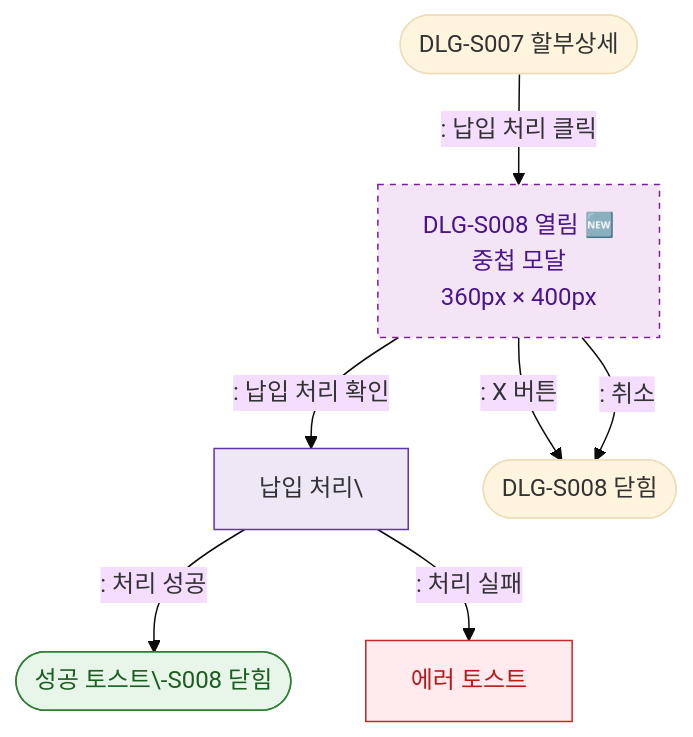
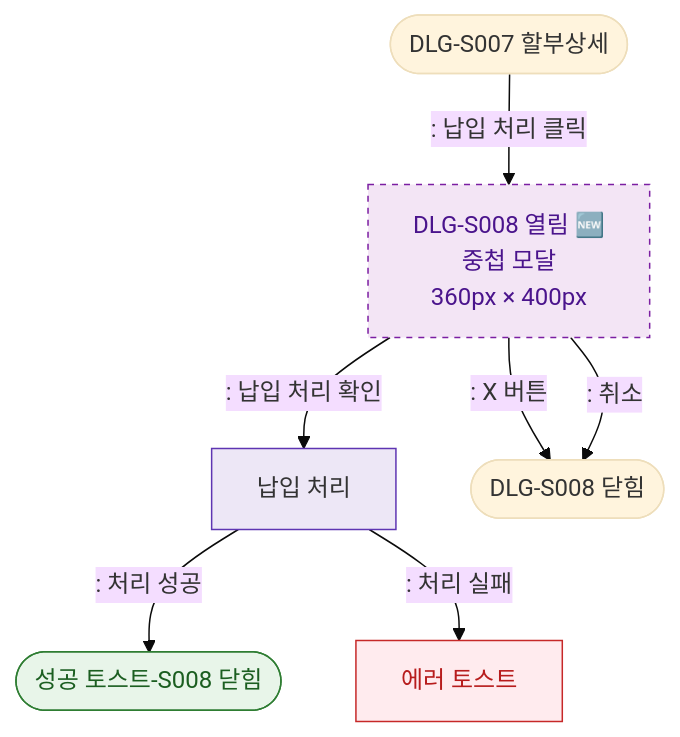
The diagram in docs/admin/다이어그램/D03_매출관리/DLG-S008_납입처리/M1_모달생명주기.md (dev-spogym/admin-pando), drawn with Mermaid (base theme) before and after one commit. The commit also changed 369 other files, not shown here.

````diff
--- a/docs/admin/다이어그램/D03_매출관리/DLG-S008_납입처리/M1_모달생명주기.md
+++ b/docs/admin/다이어그램/D03_매출관리/DLG-S008_납입처리/M1_모달생명주기.md
@@ -18,21 +18,21 @@
 ```mermaid
 flowchart TD
     DLG_S007([DLG-S007 할부상세]) -->|": 납입 처리 클릭"|OPEN[DLG-S008 열림 🆕\n중첩 모달\n360px × 400px]
 
-    OPEN -->|": 납입 처리 확인"|PROCESS[납입 처리\]
+    OPEN -->|": 납입 처리 확인"|PROCESS[납입 처리]
     OPEN -->|": X 버튼"|CLOSED([DLG-S008 닫힘])
     OPEN -->|": 취소"|CLOSED
 
-    PROCESS -->|": 처리 성공"|SUCCESS_CLOSE([성공 토스트\-S008 닫힘])
+    PROCESS -->|": 처리 성공"|SUCCESS_CLOSE([성공 토스트-S008 닫힘])
     PROCESS -->|": 처리 실패"|ERR_TOAST[에러 토스트]
 
     classDef newFeature fill:#F3E5F5,stroke:#7B1FA2,color:#4A148C,stroke-dasharray:4 4
     classDef system fill:#EDE7F6,stroke:#5E35B2
     classDef success fill:#E8F5E9,stroke:#2E7D32,color:#1B5E20
     classDef error fill:#FFEBEE,stroke:#C62828,color:#B71C1C
 
     class OPEN newFeature
     class PROCESS system
     class SUCCESS_CLOSE success
     class ERR_TOAST error
 ```
````
